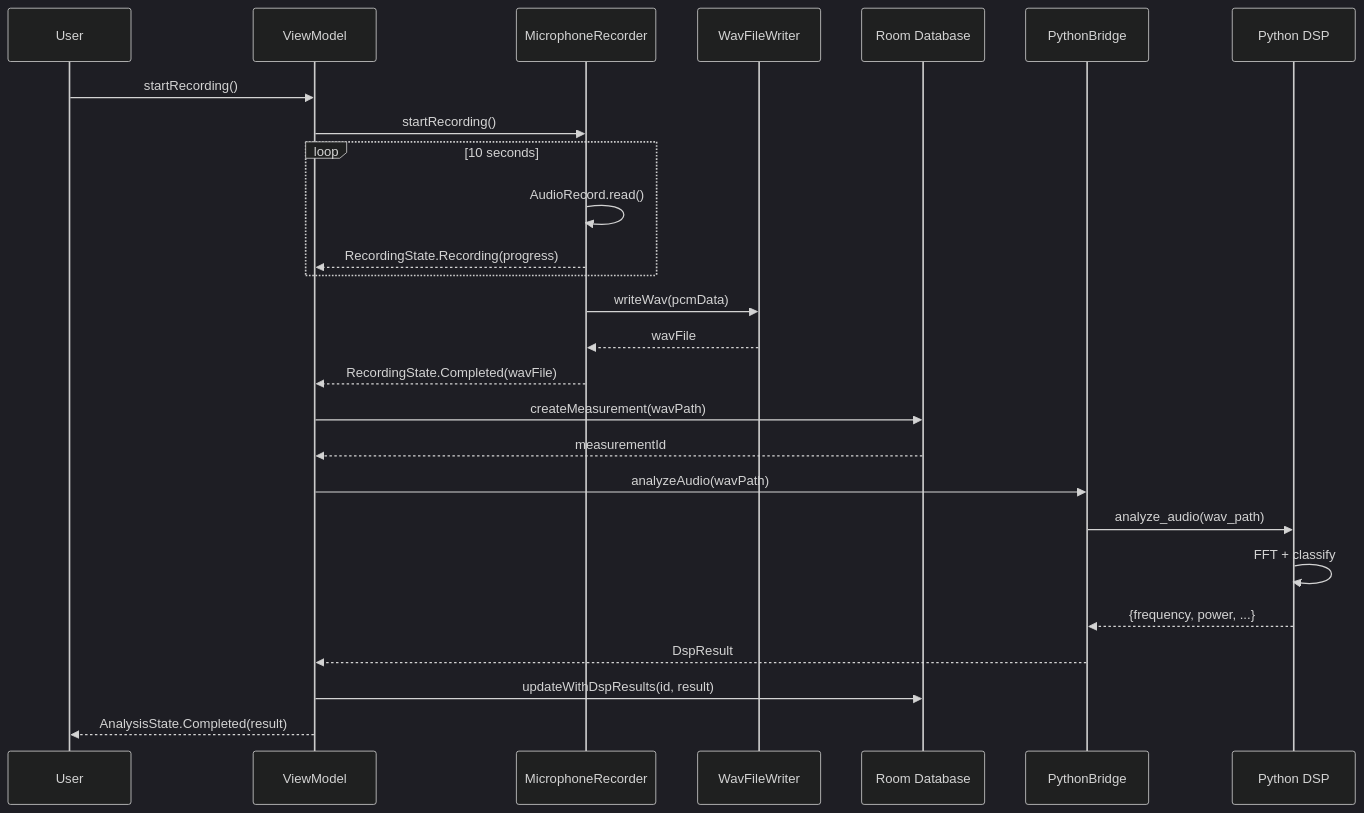
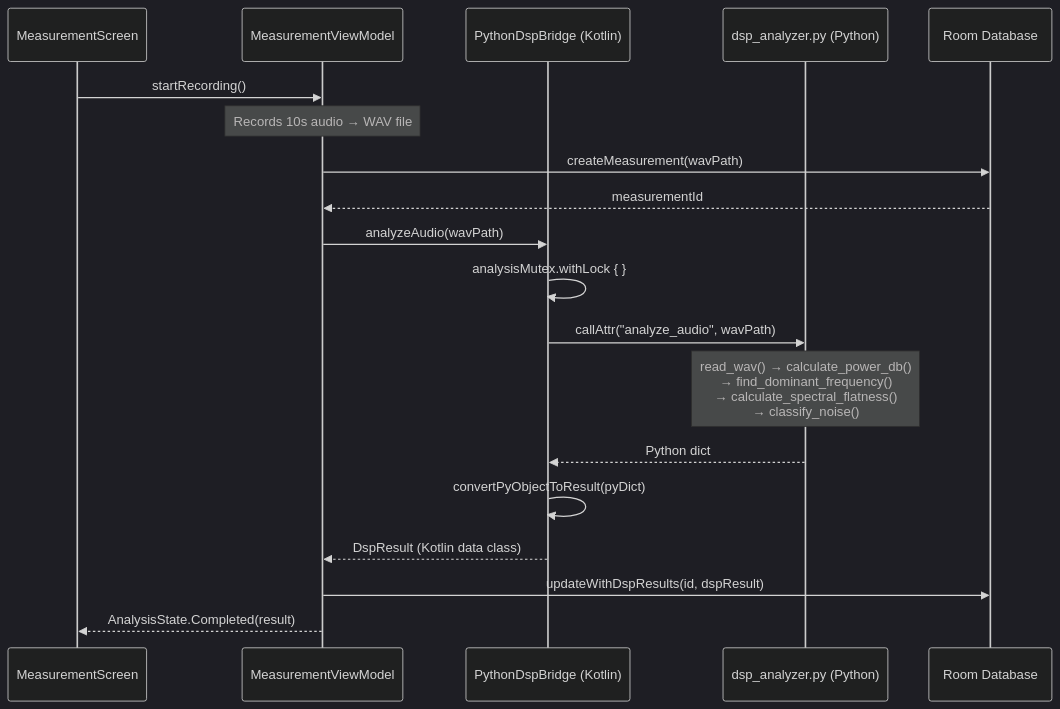
Before and after one commit to soumya07ad/TV_SCREEN_DSP: the fifth of 8 diagrams in README.md, drawn with Mermaid (dark theme). The commit also changed other lines of this file and 20 other files, not shown here.

````diff
--- a/README.md
+++ b/README.md
@@ -137,34 +435,22 @@
 ```mermaid
 sequenceDiagram
-    participant U as User
-    participant VM as ViewModel
-    participant MR as MicrophoneRecorder
-    participant WW as WavFileWriter
+    participant UI as MeasurementScreen
+    participant VM as MeasurementViewModel
+    participant Bridge as PythonDspBridge (Kotlin)
+    participant Py as dsp_analyzer.py (Python)
     participant DB as Room Database
-    participant PB as PythonBridge
-    participant PY as Python DSP
-    
-    U->>VM: startRecording()
-    VM->>MR: startRecording()
-    
-    loop 10 seconds
-        MR->>MR: AudioRecord.read()
-        MR-->>VM: RecordingState.Recording(progress)
-    end
-    
-    MR->>WW: writeWav(pcmData)
-    WW-->>MR: wavFile
-    MR-->>VM: RecordingState.Completed(wavFile)
-    
+
+    UI->>VM: startRecording()
+    Note over VM: Records 10s audio → WAV file
     VM->>DB: createMeasurement(wavPath)
     DB-->>VM: measurementId
-    
-    VM->>PB: analyzeAudio(wavPath)
-    PB->>PY: analyze_audio(wav_path)
-    PY->>PY: FFT + classify
-    PY-->>PB: {frequency, power, ...}
-    PB-->>VM: DspResult
-    
-    VM->>DB: updateWithDspResults(id, result)
-    VM-->>U: AnalysisState.Completed(result)
+    VM->>Bridge: analyzeAudio(wavPath)
+    Bridge->>Bridge: analysisMutex.withLock { }
+    Bridge->>Py: callAttr("analyze_audio", wavPath)
+    Note over Py: read_wav() → calculate_power_db()<br/>→ find_dominant_frequency()<br/>→ calculate_spectral_flatness()<br/>→ classify_noise()
+    Py-->>Bridge: Python dict
+    Bridge->>Bridge: convertPyObjectToResult(pyDict)
+    Bridge-->>VM: DspResult (Kotlin data class)
+    VM->>DB: updateWithDspResults(id, dspResult)
+    VM-->>UI: AnalysisState.Completed(result)
 ```
````
